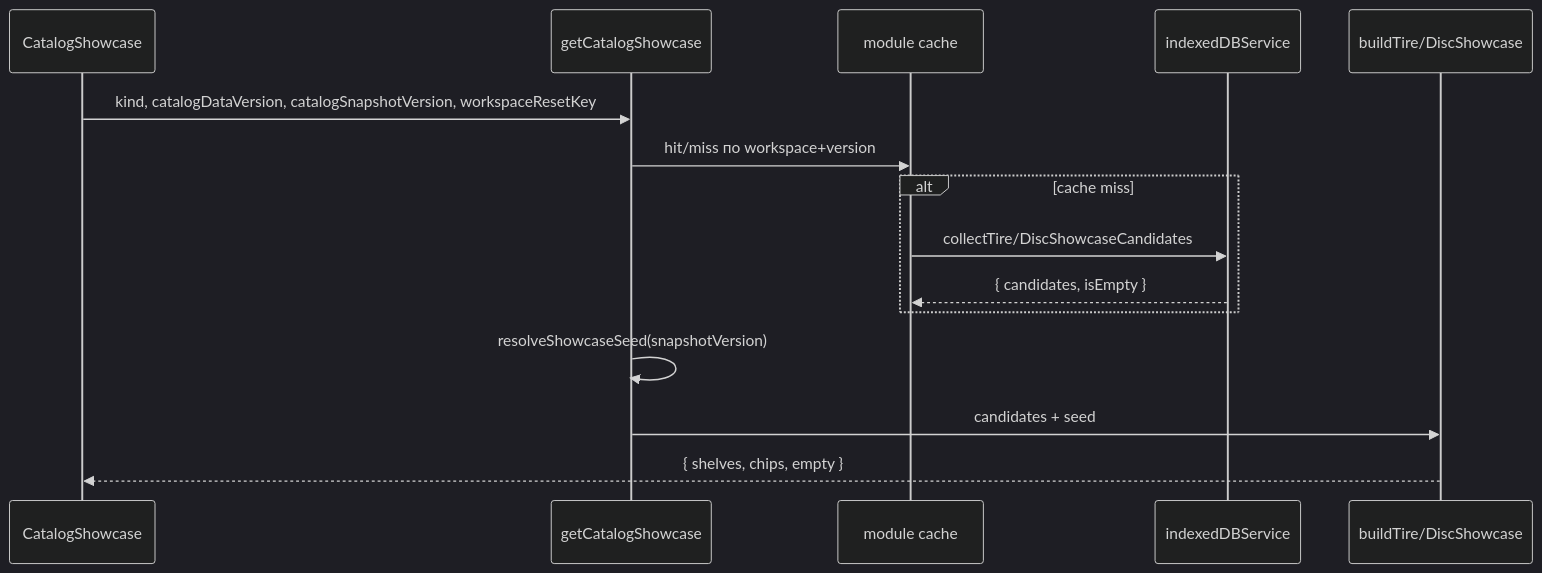
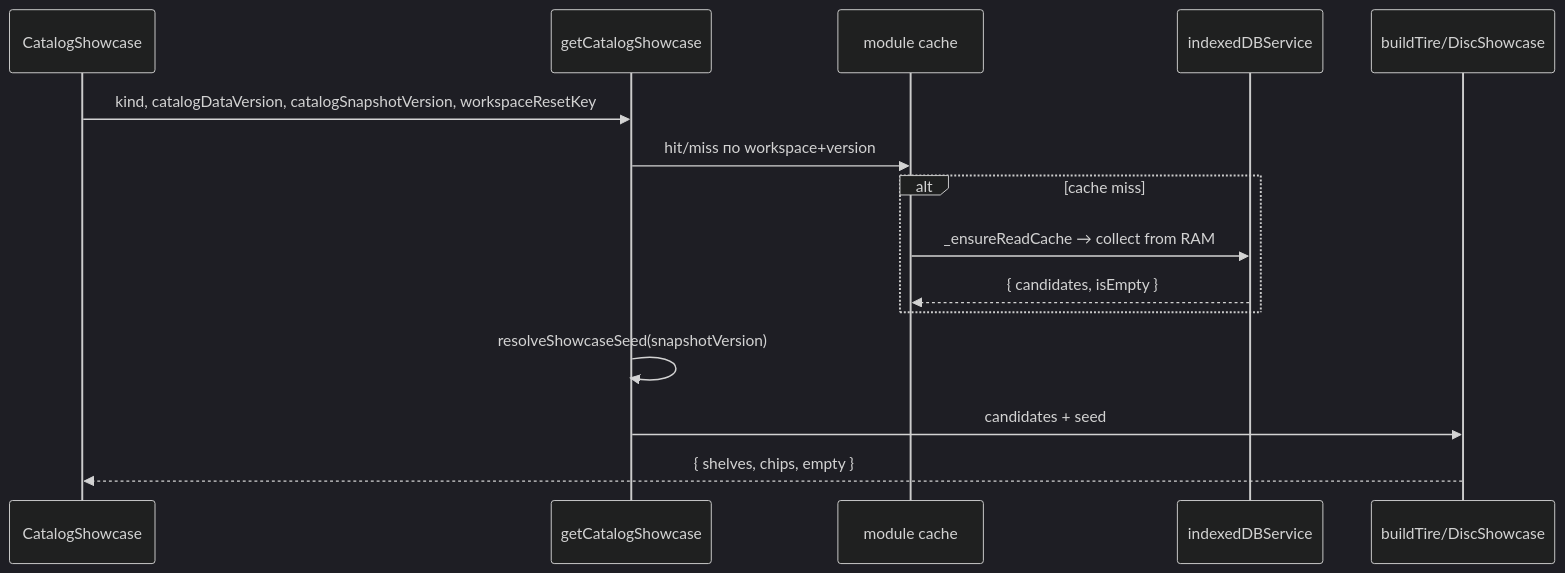
Before and after one commit to iscander-b10/tyres_discs: the third of 3 diagrams in docs/08-search-showcase/end-to-end-flow.md, drawn with Mermaid (dark theme). The commit also changed other lines of this file and 29 other files, not shown here.

First line of the commit message:
Fix Find blank screen and speed up showcase via shared RAM cache.

````diff
--- a/docs/08-search-showcase/end-to-end-flow.md
+++ b/docs/08-search-showcase/end-to-end-flow.md
@@ -250,18 +257,18 @@
 ```mermaid
 sequenceDiagram
   participant UI as CatalogShowcase
   participant Get as getCatalogShowcase
   participant Cache as module cache
   participant IDB as indexedDBService
   participant Build as buildTire/DiscShowcase
 
   UI->>Get: kind, catalogDataVersion, catalogSnapshotVersion, workspaceResetKey
   Get->>Cache: hit/miss по workspace+version
   alt cache miss
-    Cache->>IDB: collectTire/DiscShowcaseCandidates
+    Cache->>IDB: _ensureReadCache → collect from RAM
     IDB-->>Cache: { candidates, isEmpty }
   end
   Get->>Get: resolveShowcaseSeed(snapshotVersion)
   Get->>Build: candidates + seed
   Build-->>UI: { shelves, chips, empty }
 ```
````
